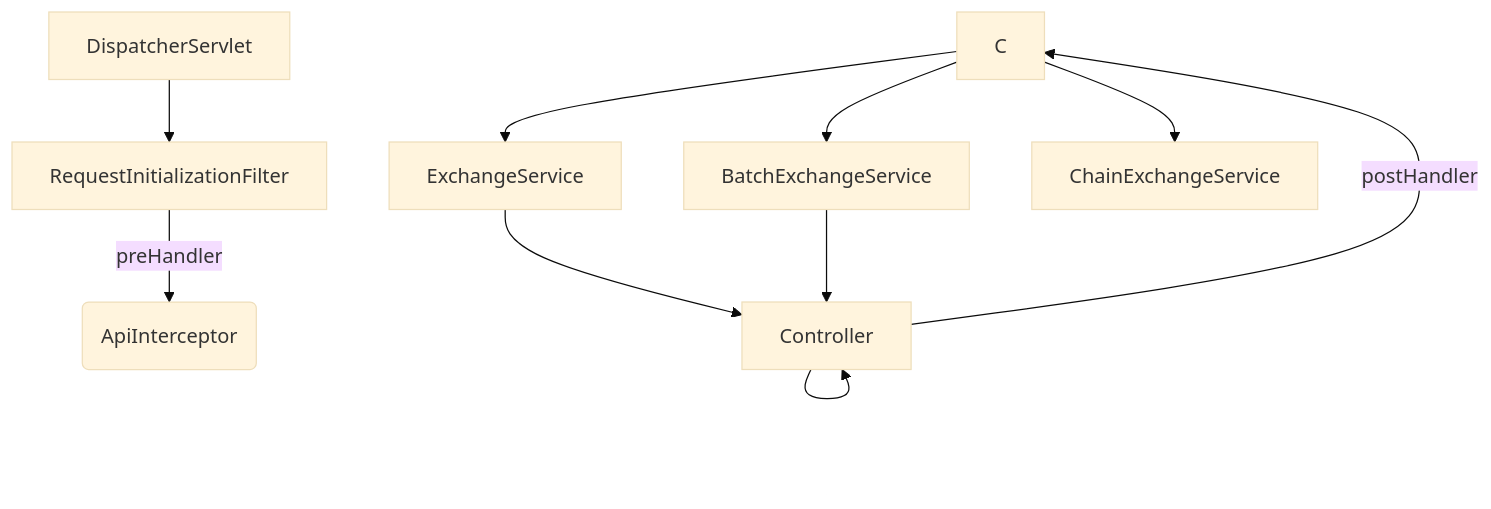
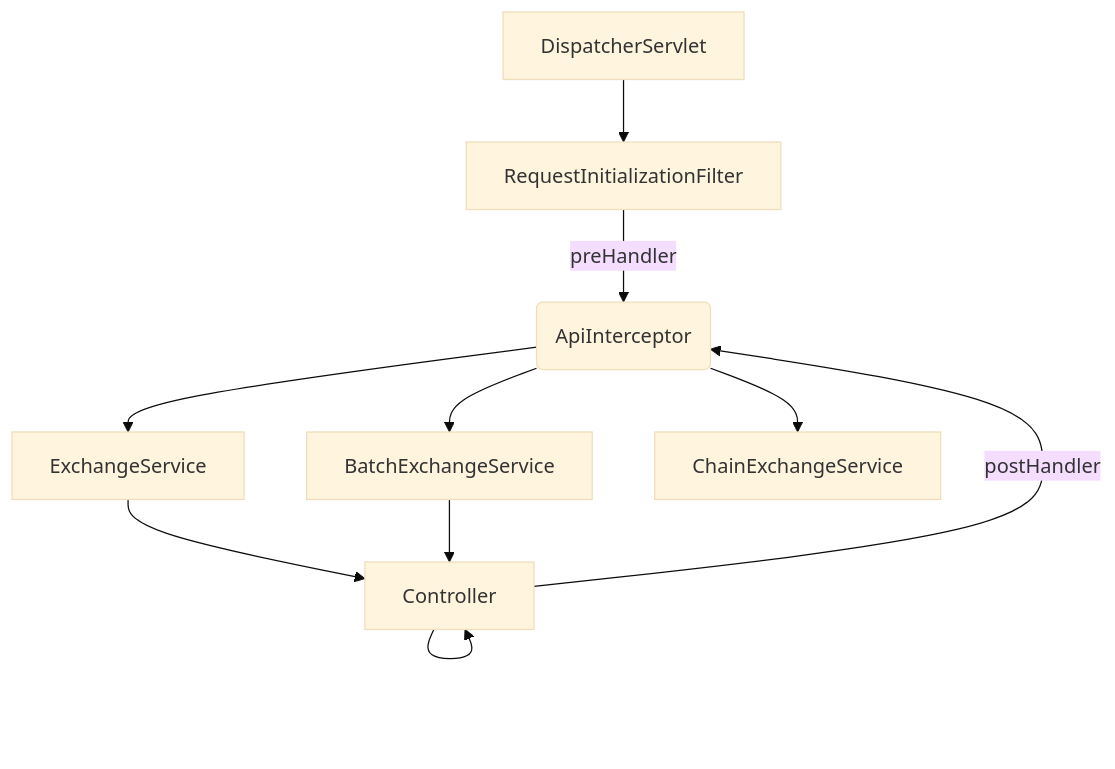
One commit to Beapi-io/spring-boot-starter-beapi changed the diagram in README.md. Above: the diagram before and after it, drawn with Mermaid (base theme).

````diff
--- a/README.md
+++ b/README.md
@@ -101,12 +101,12 @@
 ```mermaid
 flowchart TD
     A[DispatcherServlet] --> B[RequestInitializationFilter]
-    B --> |preHandler| c(ApiInterceptor)
+    B --> |preHandler| C(ApiInterceptor)
     C --> D[ExchangeService] 
     C --> E[BatchExchangeService] 
     C --> F[ChainExchangeService] 
     D --> G[Controller]
     E --> G[Controller]
     G --> G[Controller]
     G --> |postHandler| C
 ```
````
